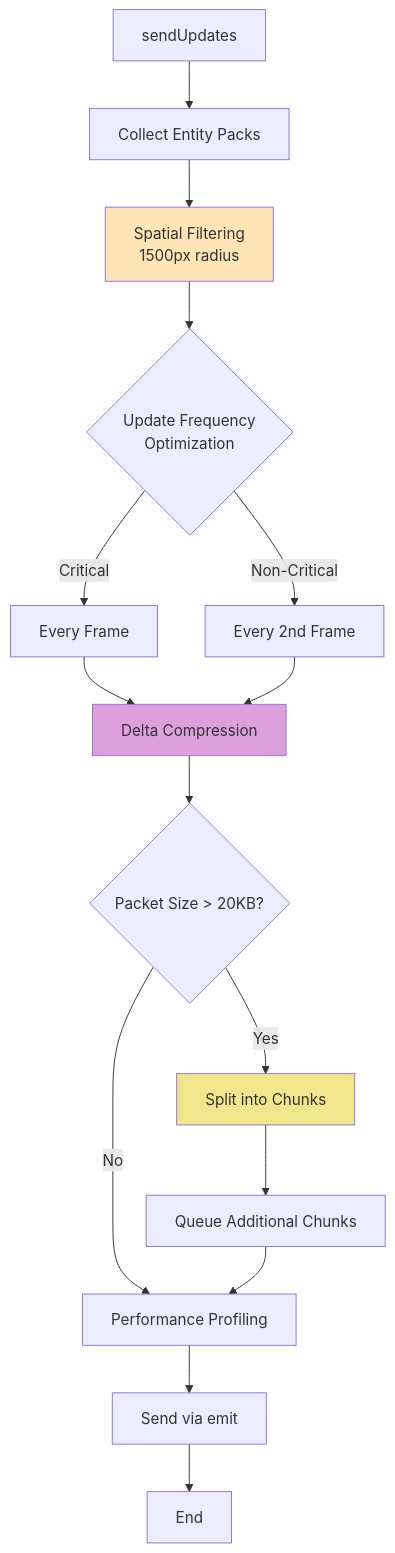
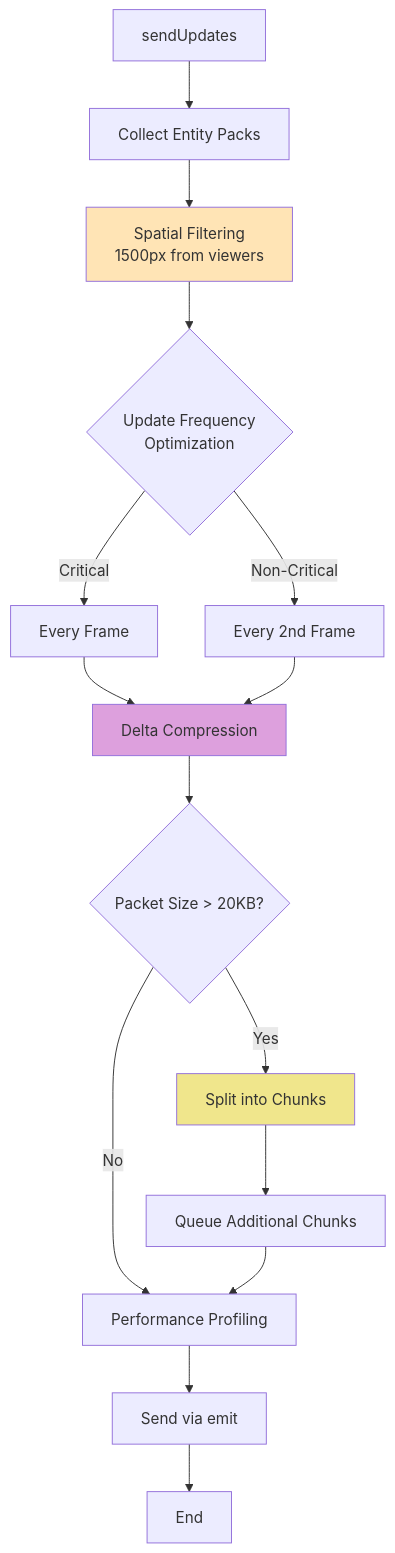
Before and after one commit to cistercians/lambic: the third of 8 diagrams in documentation/GAME_LOOP_SYSTEM.md, drawn with Mermaid. The commit also changed other lines of this file and 68 other files, not shown here.

````diff
--- a/documentation/GAME_LOOP_SYSTEM.md
+++ b/documentation/GAME_LOOP_SYSTEM.md
@@ -274,21 +274,21 @@
 ```mermaid
 flowchart TD
     Start[sendUpdates] --> Collect[Collect Entity Packs]
-    Collect --> Filter[Spatial Filtering<br/>1500px radius]
+    Collect --> Filter[Spatial Filtering<br/>1500px from viewers]
     Filter --> Frequency{Update Frequency<br/>Optimization}
     Frequency -->|Critical| Critical[Every Frame]
     Frequency -->|Non-Critical| NonCritical[Every 2nd Frame]
     Critical --> Compress[Delta Compression]
     NonCritical --> Compress
     Compress --> CheckSize{Packet Size > 20KB?}
     CheckSize -->|Yes| Split[Split into Chunks]
     CheckSize -->|No| Profile[Performance Profiling]
     Split --> Queue[Queue Additional Chunks]
     Queue --> Profile
     Profile --> Send[Send via emit]
     Send --> End[End]
     
     style Filter fill:#FFE4B5
     style Compress fill:#DDA0DD
     style Split fill:#F0E68C
 ```
````
